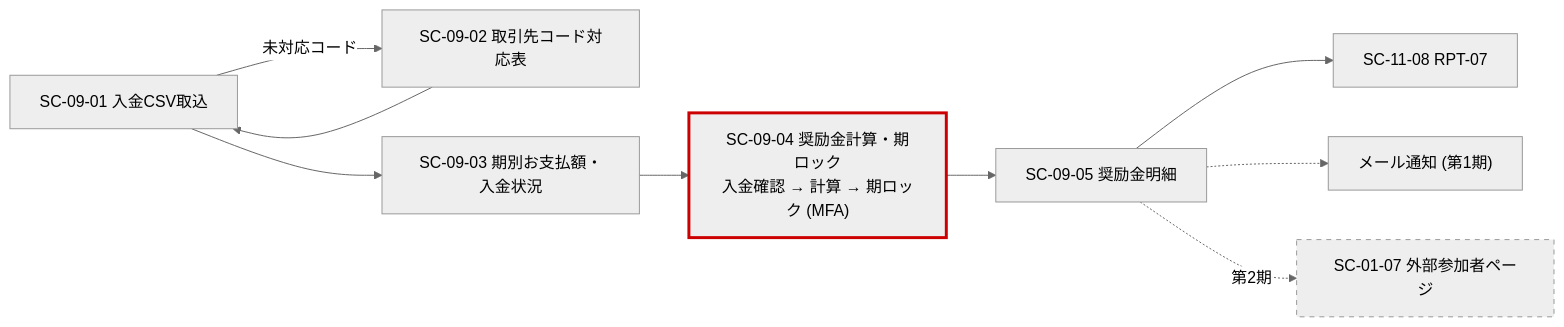
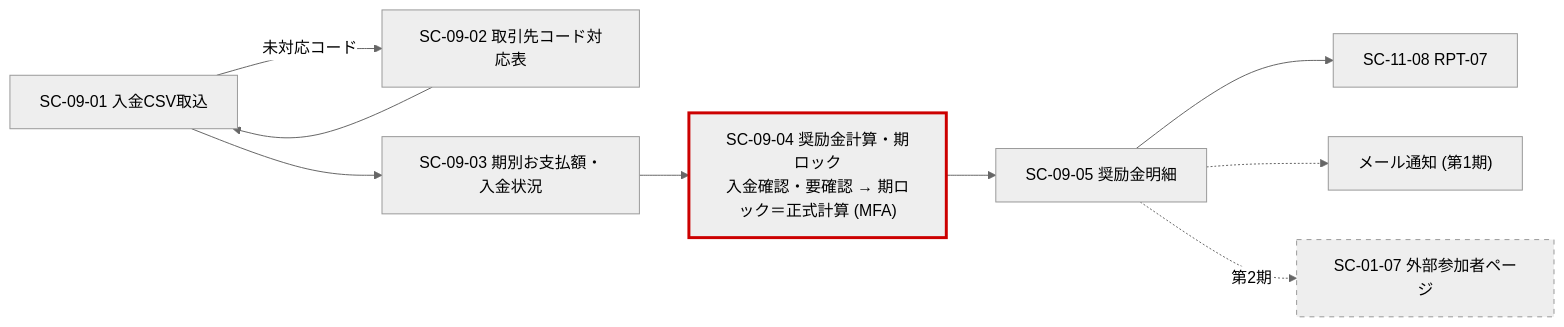
Before and after one commit to phuongnnm-23344/lab-wholesale-market: the eighth of 10 diagrams in wireframes/SCREEN-LIST.md, drawn with Mermaid (neutral theme). The commit also changed other lines of this file and 16 other files, not shown here.

````diff
--- a/wireframes/SCREEN-LIST.md
+++ b/wireframes/SCREEN-LIST.md
@@ -329,12 +334,13 @@
 ```mermaid
 flowchart LR
   I["SC-09-01 入金CSV取込"] -->|未対応コード| M["SC-09-02 取引先コード対応表"] --> I
   I --> P["SC-09-03 期別お支払額・入金状況"]
-  P --> R["SC-09-04 奨励金計算・期ロック<br/>入金確認 → 計算 → 期ロック (MFA)"]:::human
+  P --> R["SC-09-04 奨励金計算・期ロック<br/>入金確認・要確認 → 期ロック＝正式計算 (MFA)"]
+  class R human
   R --> D["SC-09-05 奨励金明細"]
   D --> RPT["SC-11-08 RPT-07"]
   D -.-> MAIL["メール通知 (第1期)"]
   D -.->|第2期| EXT["SC-01-07 外部参加者ページ"]
   classDef human stroke:#c00,stroke-width:3px
   style EXT stroke-dasharray: 5 5
 ```
````
